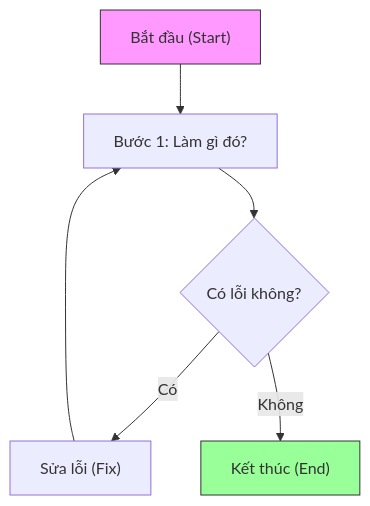
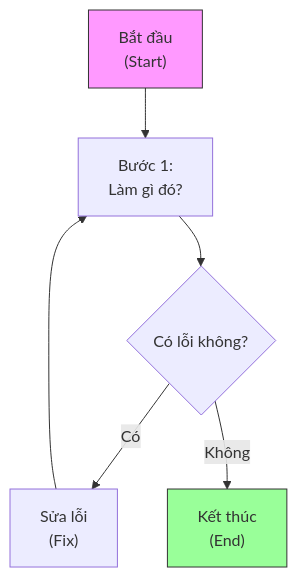
The second of 5 diagrams in .agent/skills/mermaid-expert/SKILL.md (vuanhtu1993/vuanhtu1993.github.io), drawn with Mermaid before and after one commit. The commit also changed other lines of this file and 2 other files, not shown here.

````diff
--- a/.agent/skills/mermaid-expert/SKILL.md
+++ b/.agent/skills/mermaid-expert/SKILL.md
@@ -53,12 +60,12 @@
 ```mermaid
 graph TD
-    Start["Bắt đầu (Start)"] --> Step1["Bước 1: Làm gì đó?"]
+    Start["Bắt đầu<br>(Start)"] --> Step1["Bước 1:<br>Làm gì đó?"]
     Step1 --> Decision{"Có lỗi không?"}
-    Decision -- "Có" --> Fix["Sửa lỗi (Fix)"]
+    Decision -- "Có" --> Fix["Sửa lỗi<br>(Fix)"]
     Fix --> Step1
-    Decision -- "Không" --> End["Kết thúc (End)"]
+    Decision -- "Không" --> End["Kết thúc<br>(End)"]
     
     %% Styling (Optional)
     style Start fill:#f9f,stroke:#333
     style End fill:#9f9,stroke:#333
 ```
````
